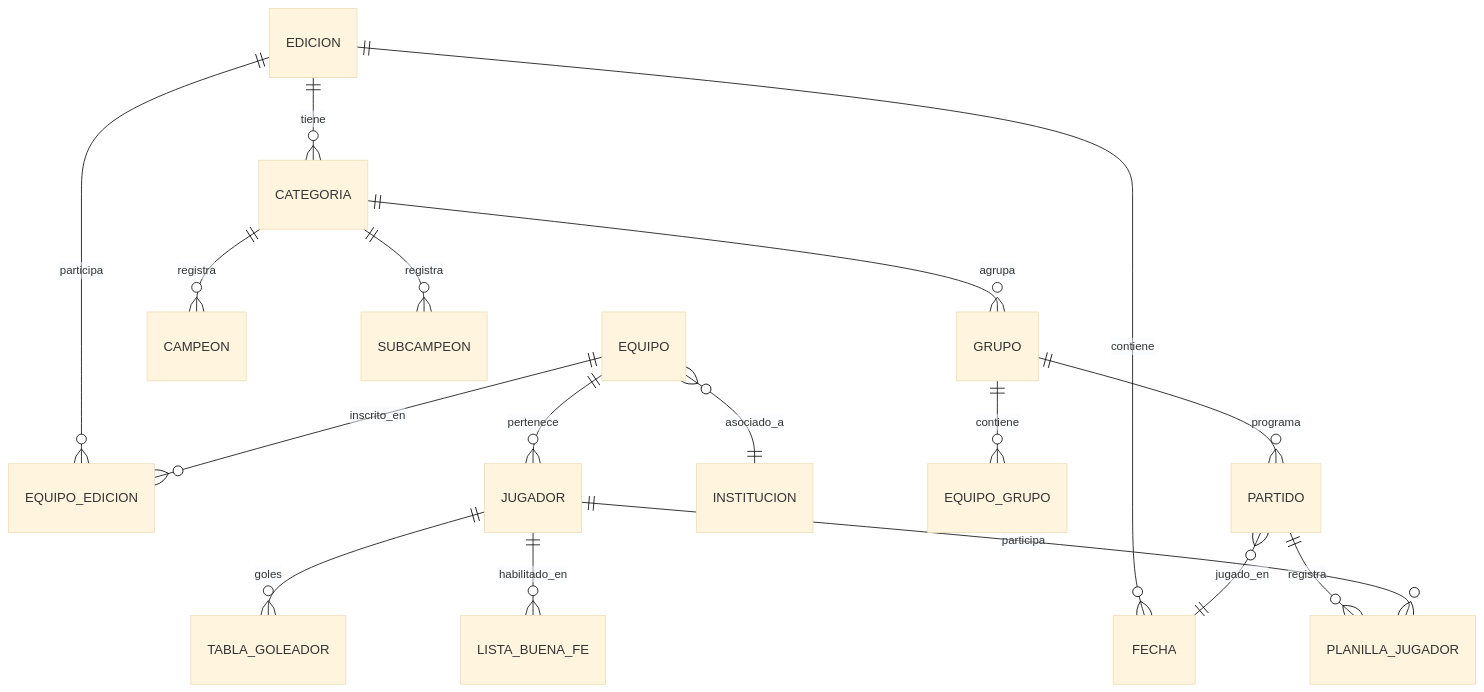
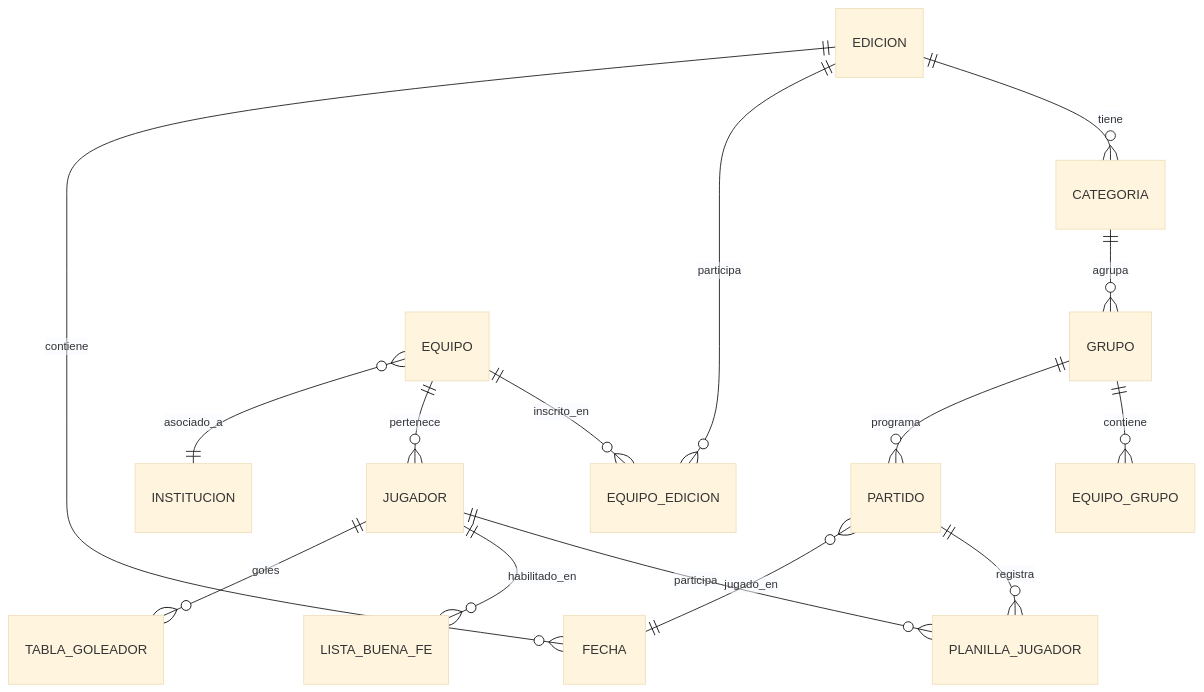
One commit to Facudominguez7/Torneo-Mitai changed the diagram in README.md. Above: the diagram before and after it, drawn with Mermaid (base theme). The commit also changed other lines of this file and 1 other file, not shown here.

````diff
--- a/README.md
+++ b/README.md
@@ -122,24 +52,17 @@
 ```mermaid
 erDiagram
     EDICION ||--o{ CATEGORIA : tiene
     EDICION ||--o{ EQUIPO_EDICION : participa
     EDICION ||--o{ FECHA : contiene
-    
     CATEGORIA ||--o{ GRUPO : agrupa
-    CATEGORIA ||--o{ CAMPEON : registra
-    CATEGORIA ||--o{ SUBCAMPEON : registra
-    
     EQUIPO ||--o{ EQUIPO_EDICION : inscrito_en
     EQUIPO ||--o{ JUGADOR : pertenece
     EQUIPO }o--|| INSTITUCION : asociado_a
-    
     GRUPO ||--o{ EQUIPO_GRUPO : contiene
     GRUPO ||--o{ PARTIDO : programa
-    
     PARTIDO ||--o{ PLANILLA_JUGADOR : registra
     PARTIDO }o--|| FECHA : jugado_en
-    
     JUGADOR ||--o{ PLANILLA_JUGADOR : participa
     JUGADOR ||--o{ LISTA_BUENA_FE : habilitado_en
     JUGADOR ||--o{ TABLA_GOLEADOR : goles
 ```
````
